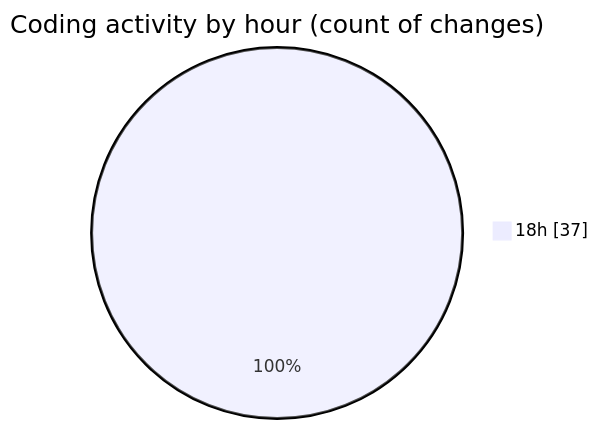
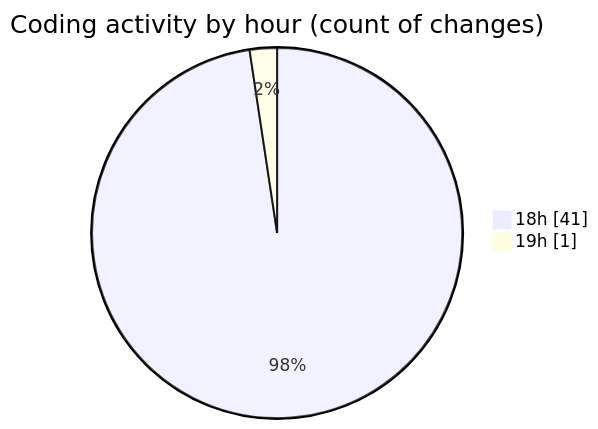
Before and after one commit to donsfak/code-tracking: the second of 2 diagrams in 2025-01-13/trackers_app/README.md, drawn with Mermaid. The commit also changed other lines of this file and 1 other file, not shown here.

````diff
--- a/2025-01-13/trackers_app/README.md
+++ b/2025-01-13/trackers_app/README.md
@@ -31,5 +31,6 @@
 ```mermaid
 pie showData
 title Coding activity by hour (count of changes)
-"18h" : 37
+"18h" : 41
+"19h" : 1
 ```
````
